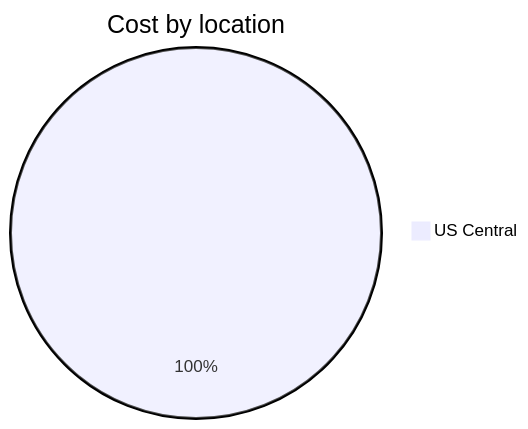
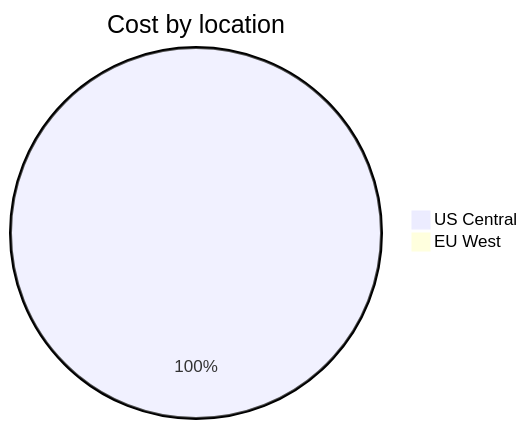
Before and after one commit to jpfulton/azure-personal-reports: the third of 4 diagrams in cost-reports/personal-site/personal-site-preview.md, drawn with Mermaid. The commit also changed other lines of this file and 6 other files, not shown here.

````diff
--- a/cost-reports/personal-site/personal-site-preview.md
+++ b/cost-reports/personal-site/personal-site-preview.md
@@ -105,5 +106,6 @@
 ```mermaid
 pie
    title Cost by location
-   "US Central" : 0.20
+   "US Central" : 0.51
+   "EU West" : 0.00
 ```
````
